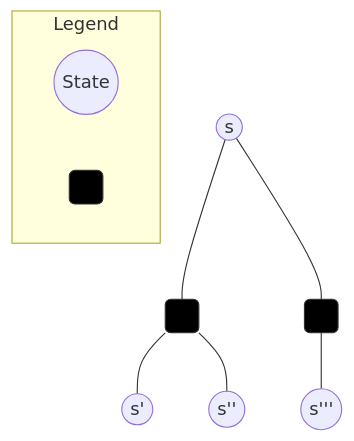
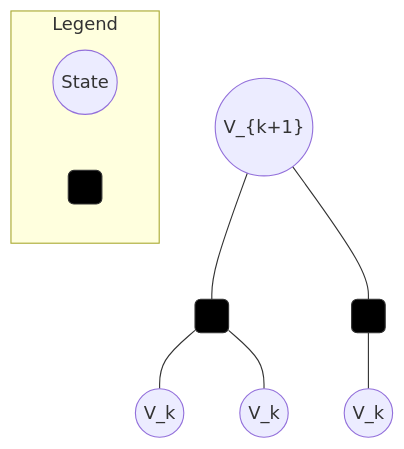
One commit to samratkar/drl changed the first of 6 diagrams in barto-sutton-notes/lecture3-2026-05-09-mdp/lecture3-2026-05-09-dp.md. Above: the diagram before and after it, drawn with Mermaid. The commit also changed other lines of this file, not shown here.

````diff
--- a/barto-sutton-notes/lecture3-2026-05-09-mdp/lecture3-2026-05-09-dp.md
+++ b/barto-sutton-notes/lecture3-2026-05-09-mdp/lecture3-2026-05-09-dp.md
@@ -266,17 +266,17 @@
 ```mermaid
 graph TD
-    S((s)) --- A1( )
+    S(("V_{k+1}")) --- A1( )
     S --- A2( )
     style A1 fill:#000,stroke:#333,stroke-width:1px
     style A2 fill:#000,stroke:#333,stroke-width:1px
-    
-    A1 --- S1((s'))
-    A1 --- S2((s''))
-    A2 --- S3((s'''))
+
+    A1 --- S1(("V_k"))
+    A1 --- S2(("V_k"))
+    A2 --- S3(("V_k"))
     
     subgraph Legend
         State((State))
         Action( )
         style Action fill:#000,stroke:#333,stroke-width:1px
     end
 ```
````
